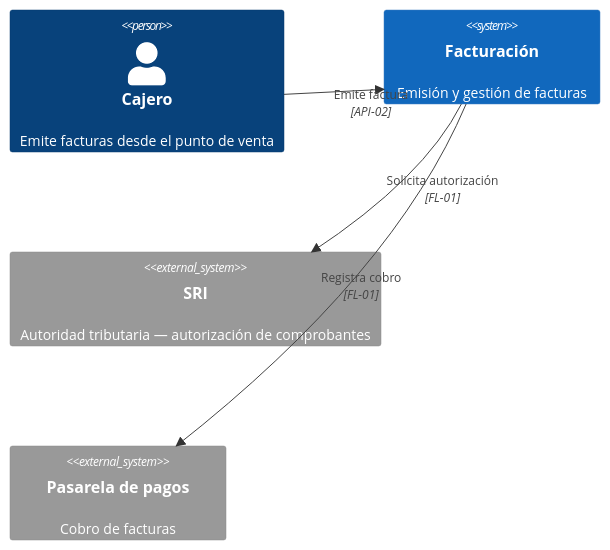
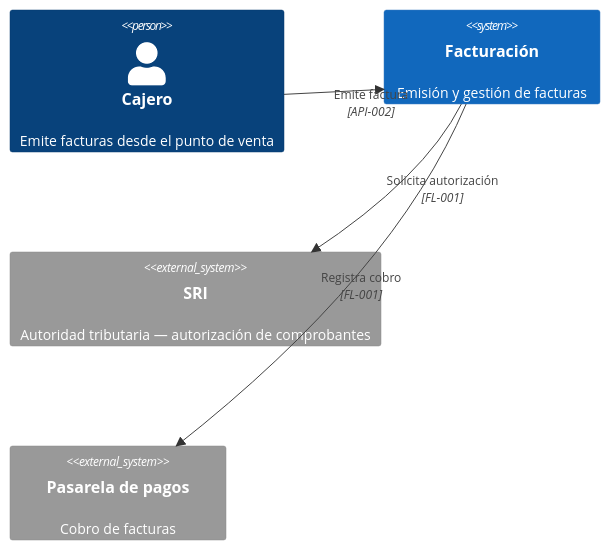
The second of 2 diagrams in skills/design-define/references/element-standards.md (juanca202/sdd-devkit), drawn with Mermaid before and after one commit. The commit also changed other lines of this file and 14 other files, not shown here.

Commit message:
refactor(design-define): move element ids to 3 digits and give flows their own files

````diff
--- a/skills/design-define/references/element-standards.md
+++ b/skills/design-define/references/element-standards.md
@@ -167,10 +169,10 @@
 ```mermaid
 C4Context
   Person(cajero, "Cajero", "Emite facturas desde el punto de venta")
   System(facturacion, "Facturación", "Emisión y gestión de facturas")
   System_Ext(sri, "SRI", "Autoridad tributaria — autorización de comprobantes")
   System_Ext(pagos, "Pasarela de pagos", "Cobro de facturas")
-  Rel(cajero, facturacion, "Emite factura", "API-02")
-  Rel(facturacion, sri, "Solicita autorización", "FL-01")
-  Rel(facturacion, pagos, "Registra cobro", "FL-01")
+  Rel(cajero, facturacion, "Emite factura", "API-002")
+  Rel(facturacion, sri, "Solicita autorización", "FL-001")
+  Rel(facturacion, pagos, "Registra cobro", "FL-001")
 ```
````
